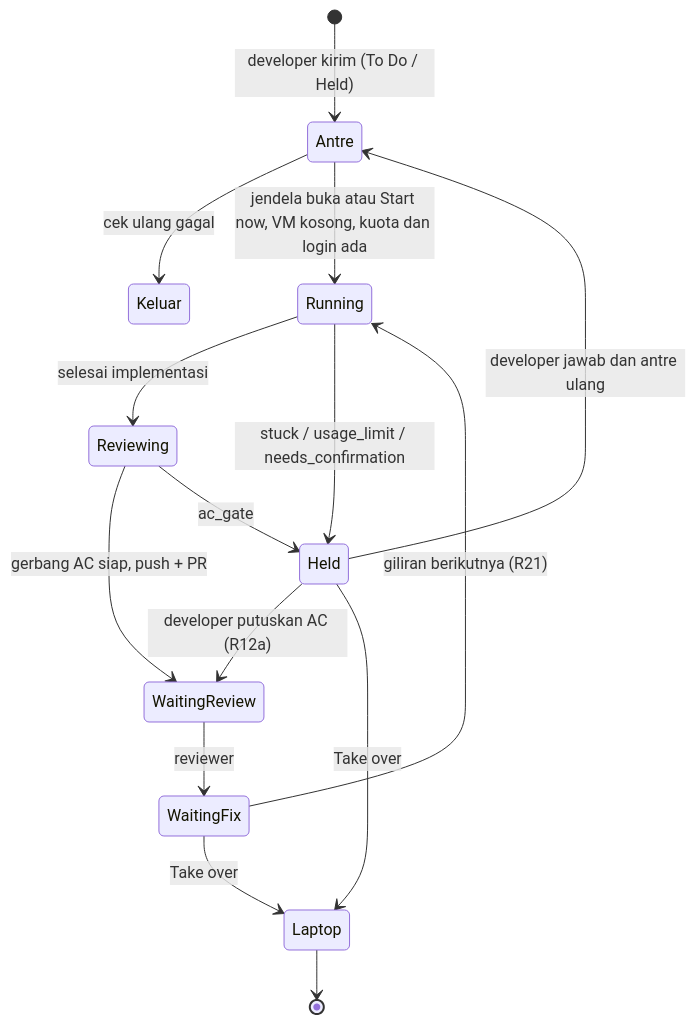
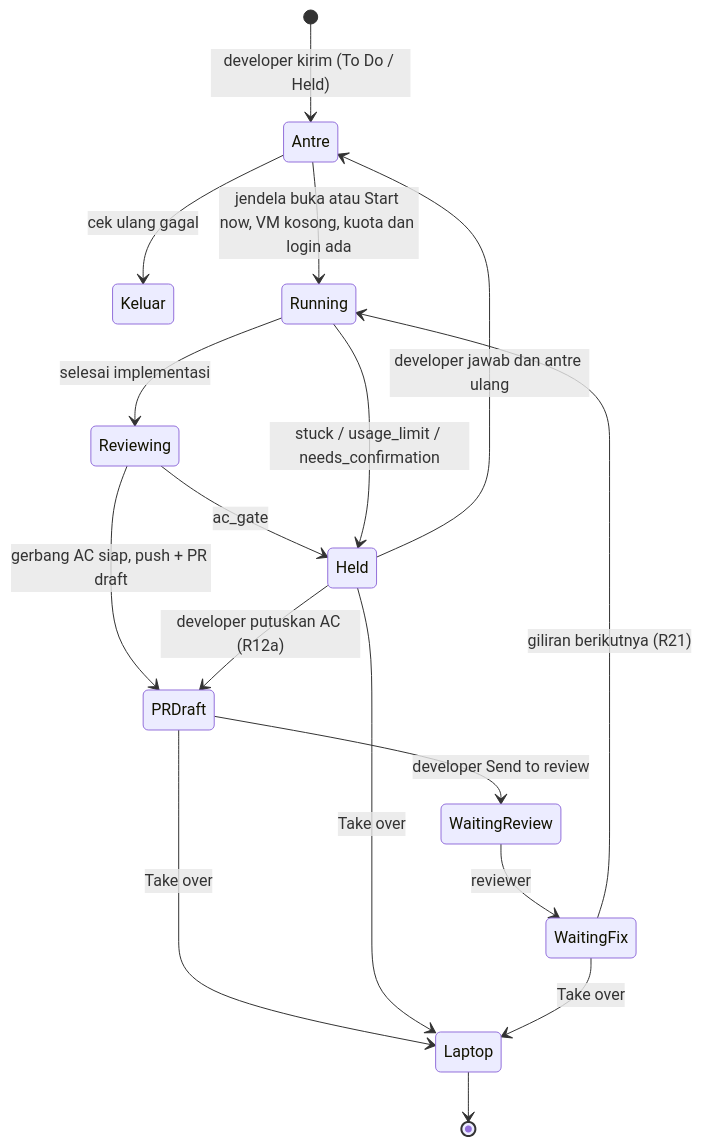
One commit to handokobeni/mandor changed the second of 2 diagrams in docs/plans/2026-10-23-002-feat-vm-overnight-mode-plan.md. Above: the diagram before and after it, drawn with Mermaid. The commit also changed other lines of this file and 2 other files, not shown here.

````diff
--- a/docs/plans/2026-10-23-002-feat-vm-overnight-mode-plan.md
+++ b/docs/plans/2026-10-23-002-feat-vm-overnight-mode-plan.md
@@ -224,17 +236,19 @@
 ```mermaid
 stateDiagram-v2
   [*] --> Antre: developer kirim (To Do / Held)
   Antre --> Keluar: cek ulang gagal
   Antre --> Running: jendela buka atau Start now, VM kosong, kuota dan login ada
   Running --> Reviewing: selesai implementasi
-  Reviewing --> WaitingReview: gerbang AC siap, push + PR
+  Reviewing --> PRDraft: gerbang AC siap, push + PR draft
+  PRDraft --> WaitingReview: developer Send to review
+  PRDraft --> Laptop: Take over
   Reviewing --> Held: ac_gate
   Running --> Held: stuck / usage_limit / needs_confirmation
-  Held --> WaitingReview: developer putuskan AC (R12a)
+  Held --> PRDraft: developer putuskan AC (R12a)
   Held --> Antre: developer jawab dan antre ulang
   Held --> Laptop: Take over
   WaitingReview --> WaitingFix: reviewer
   WaitingFix --> Running: giliran berikutnya (R21)
   WaitingFix --> Laptop: Take over
   Laptop --> [*]
 ```
````
